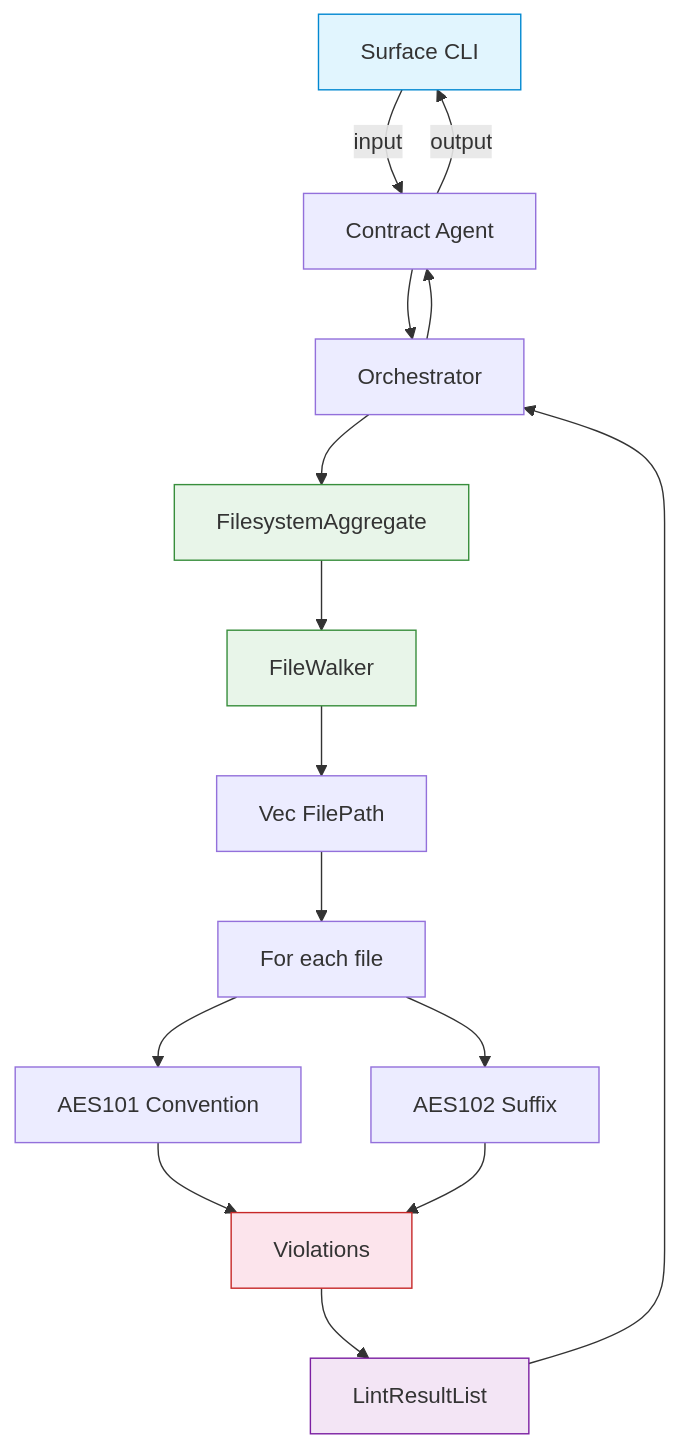
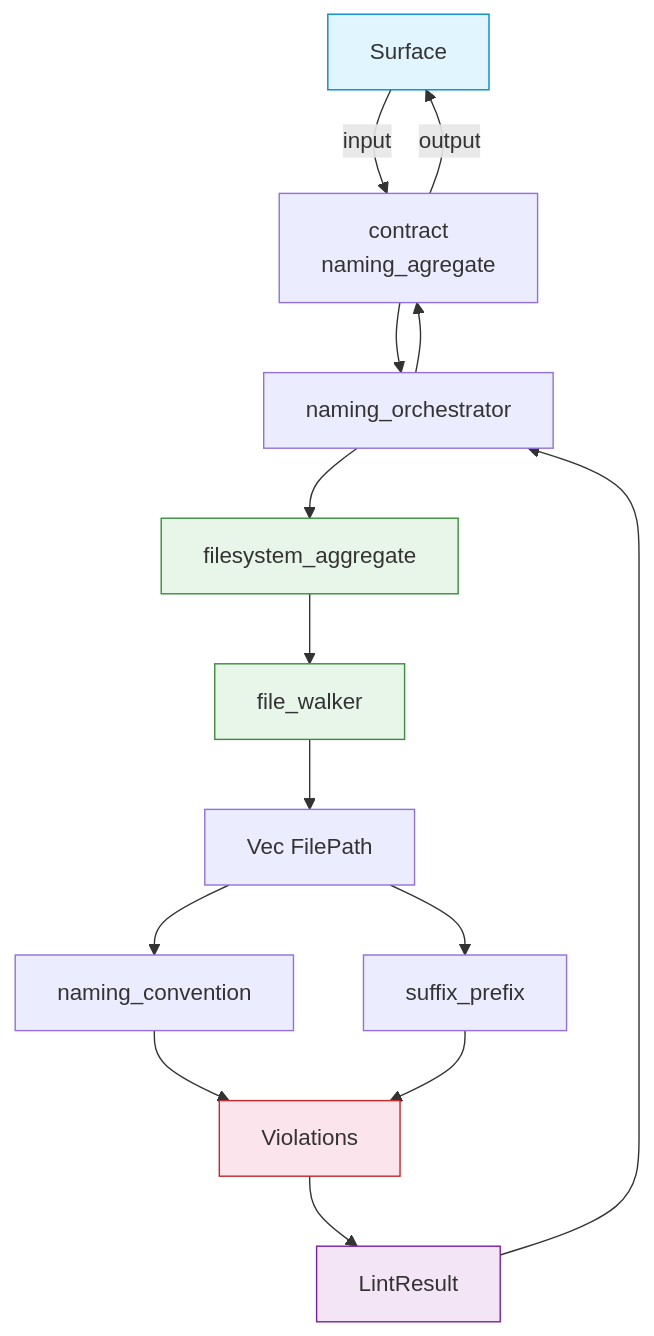
The diagram in crates/naming-rules/FRD.md (rakaarwaky/lint-arwaky), drawn with Mermaid before and after one commit. The commit also changed other lines of this file and 4 other files, not shown here.

First line of the commit message:
docs: align all 5 FRD mermaid to naming-rules style

````diff
--- a/crates/naming-rules/FRD.md
+++ b/crates/naming-rules/FRD.md
@@ -9,23 +9,23 @@
 ```mermaid
 flowchart TD
-    A["Surface CLI"] -->|input| B["Contract Agent"]
-    B --> C["Orchestrator"]
-    C --> D["FilesystemAggregate"]
-    D --> E["FileWalker"]
-    E --> F["Vec FilePath"]
-    F --> G["For each file"]
-    G --> H1["AES101 Convention"]
-    G --> H2["AES102 Suffix"]
+    A["Surface"] -->|input| B["contract
+naming_agregate"]
+    B --> C["naming_orchestrator"]
+    C --> D["filesystem_aggregate"]
+    D --> E["file_walker"]
+    E --> G["Vec FilePath"]
+    G --> H1["naming_convention"]
+    G --> H2["suffix_prefix"]
     H1 --> I["Violations"]
     H2 --> I
-    I --> J["LintResultList"]
+    I --> J["LintResult"]
     J --> C
     C --> B
     B -->|output| A
 
     style A fill:#e1f5fe,stroke:#0288d1
     style D fill:#e8f5e9,stroke:#388e3c
     style E fill:#e8f5e9,stroke:#388e3c
     style I fill:#fce4ec,stroke:#c62828
     style J fill:#f3e5f5,stroke:#7b1fa2
 ```
````
